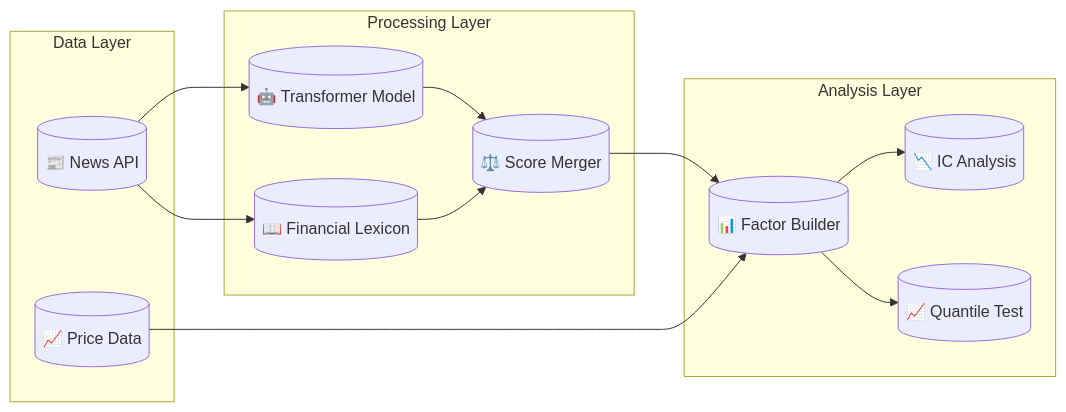
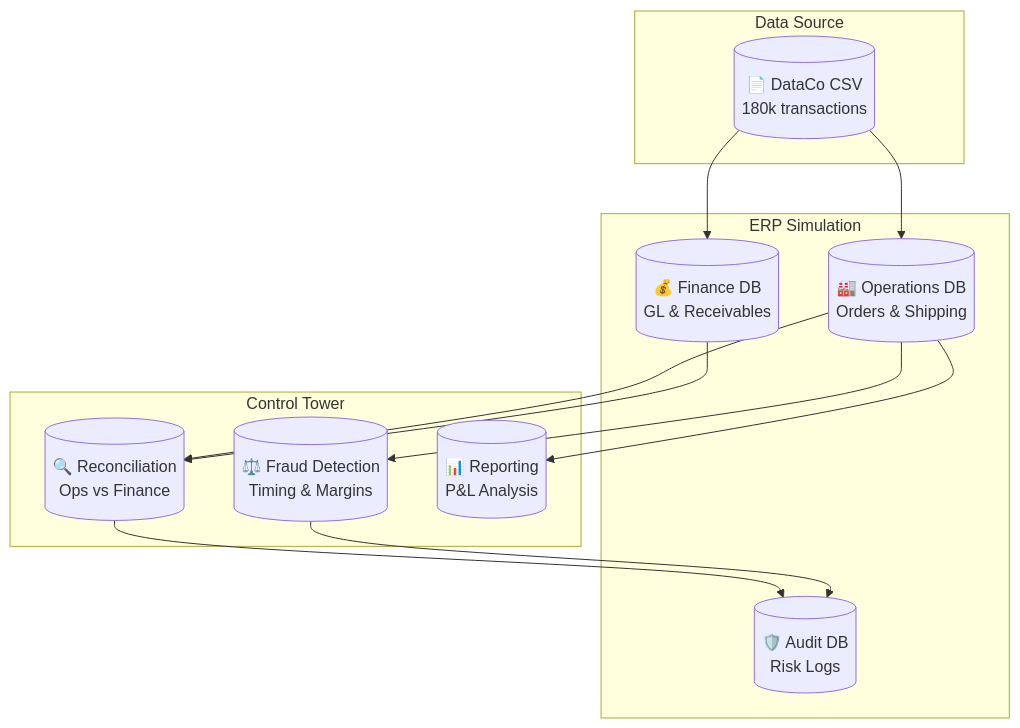
The diagram in README.md (zheyuliu328/financial-control-tower), drawn with Mermaid before and after one commit. The commit also changed other lines of this file, not shown here.

Commit message:
Fix README: correct content for Financial Control Tower

````diff
--- a/README.md
+++ b/README.md
@@ -88,28 +42,27 @@
 ```mermaid
-graph LR
-    subgraph "Data Layer"
-        NEWS[("📰 News API")]
-        PRICE[("📈 Price Data")]
+graph TD
+    subgraph "Data Source"
+        CSV[("📄 DataCo CSV<br/>180k transactions")]
     end
 
-    subgraph "Processing Layer"
-        NLP[("🤖 Transformer Model")]
-        LEX[("📖 Financial Lexicon")]
-        MERGE[("⚖️ Score Merger")]
+    subgraph "ERP Simulation"
+        OPS[("🏭 Operations DB<br/>Orders & Shipping")]
+        FIN[("💰 Finance DB<br/>GL & Receivables")]
+        AUD[("🛡️ Audit DB<br/>Risk Logs")]
     end
 
-    subgraph "Analysis Layer"
-        FACTOR[("📊 Factor Builder")]
-        IC[("📉 IC Analysis")]
-        QUANT[("📈 Quantile Test")]
+    subgraph "Control Tower"
+        REC[("🔍 Reconciliation<br/>Ops vs Finance")]
+        FRD[("⚖️ Fraud Detection<br/>Timing & Margins")]
+        RPT[("📊 Reporting<br/>P&L Analysis")]
     end
 
-    NEWS --> NLP
-    NEWS --> LEX
-    NLP --> MERGE
-    LEX --> MERGE
-    MERGE --> FACTOR
-    PRICE --> FACTOR
-    FACTOR --> IC
-    FACTOR --> QUANT
+    CSV --> OPS
+    CSV --> FIN
+    OPS --> REC
+    FIN --> REC
+    OPS --> FRD
+    REC --> AUD
+    FRD --> AUD
+    OPS --> RPT
 ```
````
